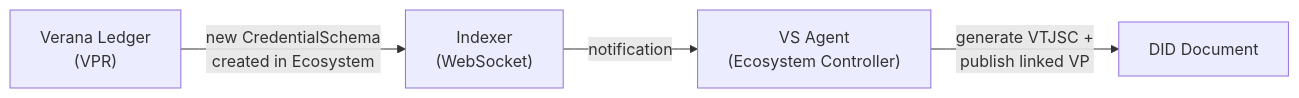
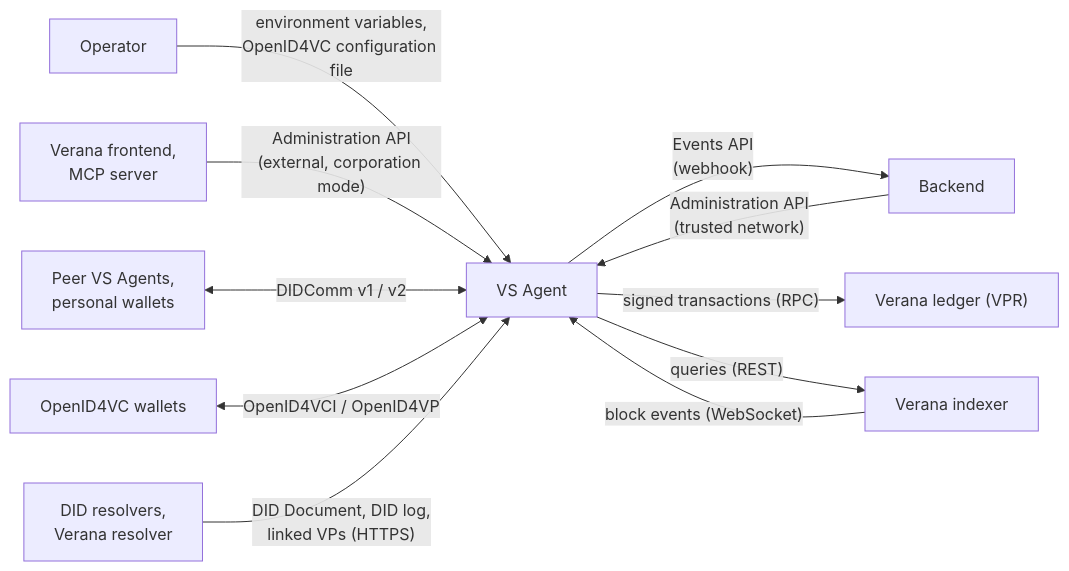
One commit to verana-labs/verana-spec changed the first of 8 diagrams in v4/vs-agent/spec.md. Above: the diagram before and after it, drawn with Mermaid. The commit also changed other lines of this file, not shown here.

Commit message:
refactor: reorganization of vs-agent spec (#80)

````diff
--- a/v4/vs-agent/spec.md
+++ b/v4/vs-agent/spec.md
@@ -53,11 +108,13 @@
 ```mermaid
 flowchart LR
-    VPR["Verana Ledger<br/>(VPR)"]
-    IDX["Indexer<br/>(WebSocket)"]
-    VS["VS Agent<br/>(Ecosystem Controller)"]
-    DID["DID Document"]
-
-    VPR -- "new CredentialSchema<br/>created in Ecosystem" --> IDX
-    IDX -- "notification" --> VS
-    VS -- "generate VTJSC +<br/>publish linked VP" --> DID
+    OP[Operator] -- "environment variables,<br/>OpenID4VC configuration file" --> VSA["VS Agent"]
+    BE[Backend] -- "Administration API<br/>(trusted network)" --> VSA
+    VSA -- "Events API<br/>(webhook)" --> BE
+    FE["Verana frontend,<br/>MCP server"] -- "Administration API<br/>(external, corporation mode)" --> VSA
+    PEER["Peer VS Agents,<br/>personal wallets"] <-- "DIDComm v1 / v2" --> VSA
+    WALLET["OpenID4VC wallets"] <-- "OpenID4VCI / OpenID4VP" --> VSA
+    RES["DID resolvers,<br/>Verana resolver"] -- "DID Document, DID log,<br/>linked VPs (HTTPS)" --> VSA
+    VSA -- "signed transactions (RPC)" --> VPR["Verana ledger (VPR)"]
+    IDX["Verana indexer"] -- "block events (WebSocket)" --> VSA
+    VSA -- "queries (REST)" --> IDX
 ```
````
